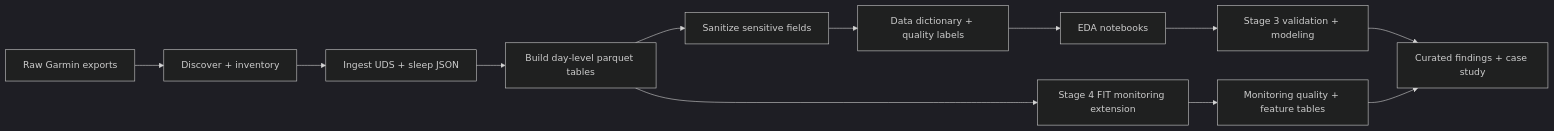
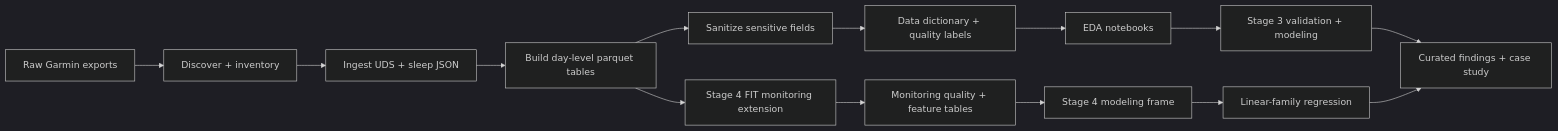
One commit to AlexBatrakov/wearable-analytics changed the diagram in docs/case_study.md. Above: the diagram before and after it, drawn with Mermaid (dark theme). The commit also changed other lines of this file and 5 other files, not shown here.

````diff
--- a/docs/case_study.md
+++ b/docs/case_study.md
@@ -30,14 +30,16 @@
 ```mermaid
 flowchart LR
     A["Raw Garmin exports"] --> B["Discover + inventory"]
     B --> C["Ingest UDS + sleep JSON"]
     C --> D["Build day-level parquet tables"]
     D --> E["Sanitize sensitive fields"]
     E --> F["Data dictionary + quality labels"]
     F --> G["EDA notebooks"]
     G --> H["Stage 3 validation + modeling"]
     D --> I["Stage 4 FIT monitoring extension"]
     I --> J["Monitoring quality + feature tables"]
+    J --> L["Stage 4 modeling frame"]
+    L --> M["Linear-family regression"]
     H --> K["Curated findings + case study"]
-    J --> K
+    M --> K
 ```
````
